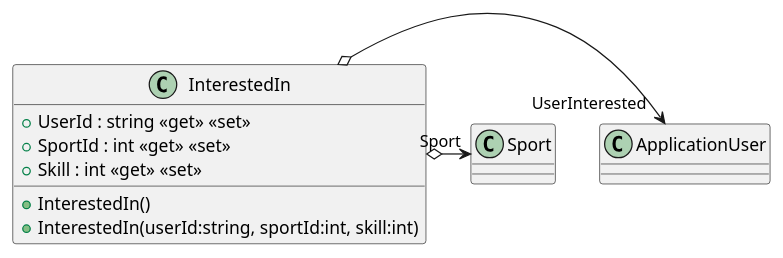
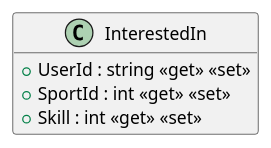
The diagram in src/AppForSEII.API/ClassDiagram/InterestedIn.puml (ISII2627Erasmus/Barca), drawn with PlantUML before and after one commit. The commit also changed 7 other files, not shown here.

First line of the commit message:
Update models and class diagrams for Create Team use case. Applicatio… (#40)

```diff
--- a/src/AppForSEII.API/ClassDiagram/InterestedIn.puml
+++ b/src/AppForSEII.API/ClassDiagram/InterestedIn.puml
@@ -1,9 +1,10 @@
+@startuml
+hide methods
 class InterestedIn {
-    + InterestedIn()
-    + InterestedIn(userId:string, sportId:int, skill:int)
     + UserId : string <<get>> <<set>>
     + SportId : int <<get>> <<set>>
     + Skill : int <<get>> <<set>>
+    + InterestedIn()
+    + InterestedIn(userId:string, sportId:int, skill:int)
 }
-InterestedIn o-> "UserInterested" ApplicationUser
-InterestedIn o-> "Sport" Sport
+@enduml
```
